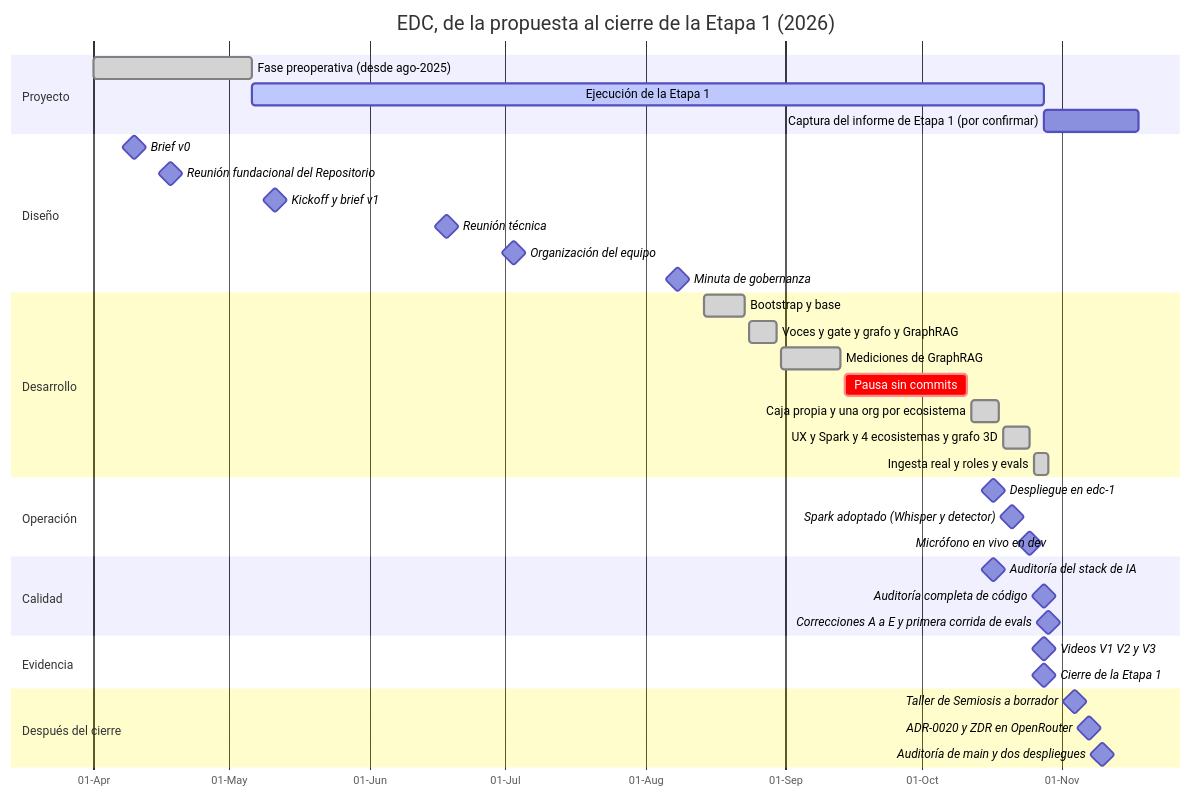
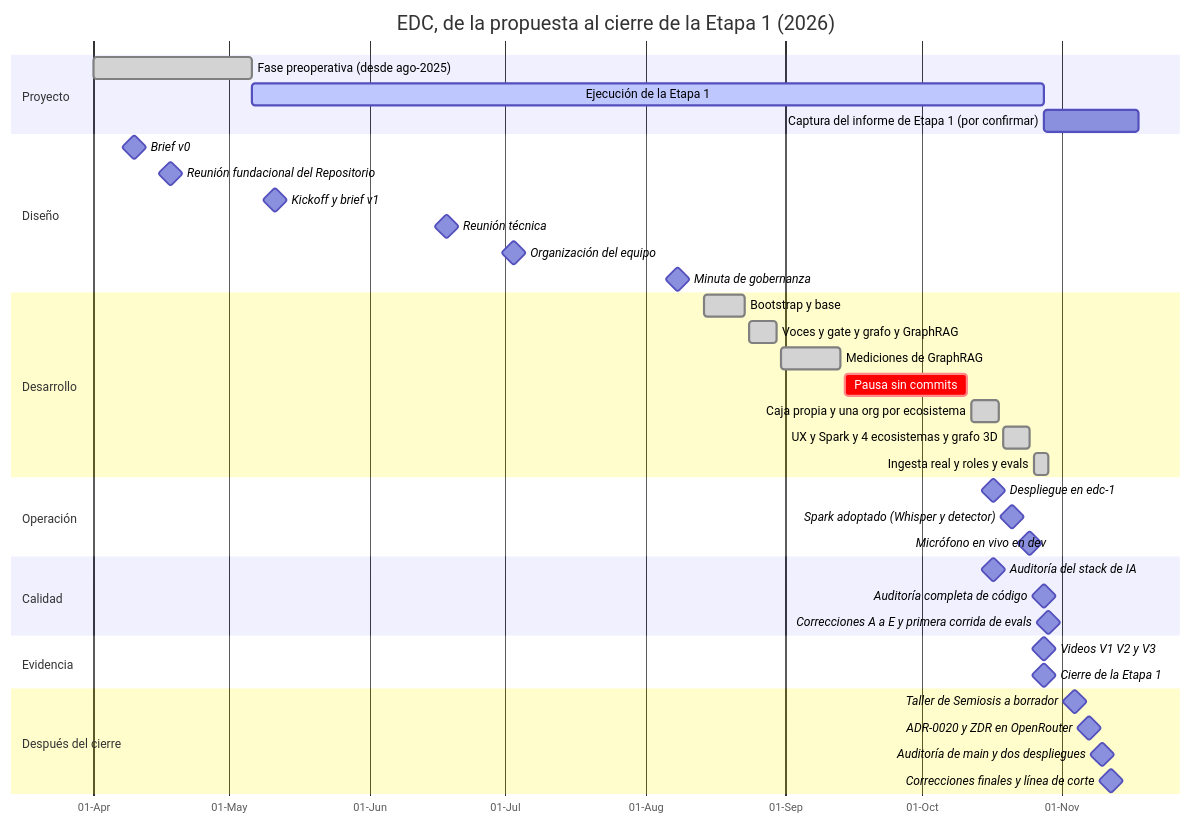
One commit to ecosistemas-de-conocimiento/ecosistemas-de-conocimiento changed the diagram in docs/01-proyecto/cronologia-e-hitos.md. Above: the diagram before and after it, drawn with Mermaid. The commit also changed other lines of this file and 34 other files, not shown here.

````diff
--- a/docs/01-proyecto/cronologia-e-hitos.md
+++ b/docs/01-proyecto/cronologia-e-hitos.md
@@ -14,47 +14,48 @@
 ```mermaid
 gantt
     title EDC, de la propuesta al cierre de la Etapa 1 (2026)
     dateFormat  YYYY-MM-DD
     axisFormat  %d-%b
 
     section Proyecto
     Fase preoperativa (desde ago-2025)        :done, pre, 2026-04-01, 2026-05-06
     Ejecución de la Etapa 1                   :active, et1, 2026-05-06, 2026-10-28
     Captura del informe de Etapa 1 (por confirmar) :inf, 2026-10-28, 2026-11-18
 
     section Diseño
     Brief v0                                  :milestone, 2026-04-10, 0d
     Reunión fundacional del Repositorio       :milestone, 2026-04-18, 0d
     Kickoff y brief v1                        :milestone, 2026-05-11, 0d
     Reunión técnica                           :milestone, 2026-06-18, 0d
     Organización del equipo                   :milestone, 2026-07-03, 0d
     Minuta de gobernanza                      :milestone, 2026-08-08, 0d
 
     section Desarrollo
     Bootstrap y base                          :done, d1, 2026-08-14, 2026-08-23
     Voces y gate y grafo y GraphRAG        :done, d2, 2026-08-24, 2026-08-30
     Mediciones de GraphRAG                    :done, d3, 2026-08-31, 2026-09-13
     Pausa sin commits                         :crit, gap, 2026-09-14, 2026-10-11
     Caja propia y una org por ecosistema   :done, d4, 2026-10-12, 2026-10-18
     UX y Spark y 4 ecosistemas y grafo 3D :done, d5, 2026-10-19, 2026-10-25
     Ingesta real y roles y evals           :done, d6, 2026-10-26, 2026-10-29
 
     section Operación
     Despliegue en edc-1                       :milestone, 2026-10-17, 0d
     Spark adoptado (Whisper y detector)       :milestone, 2026-10-21, 0d
     Micrófono en vivo en dev                  :milestone, 2026-10-25, 0d
 
     section Calidad
     Auditoría del stack de IA                 :milestone, 2026-10-17, 0d
     Auditoría completa de código              :milestone, 2026-10-28, 0d
     Correcciones A a E y primera corrida de evals :milestone, 2026-10-29, 0d
 
     section Evidencia
     Videos V1 V2 y V3                      :milestone, 2026-10-28, 0d
     Cierre de la Etapa 1                      :milestone, 2026-10-28, 0d
 
     section Después del cierre
     Taller de Semiosis a borrador             :milestone, 2026-11-04, 0d
     ADR-0020 y ZDR en OpenRouter              :milestone, 2026-11-07, 0d
     Auditoría de main y dos despliegues       :milestone, 2026-11-10, 0d
+    Correcciones finales y línea de corte     :milestone, 2026-11-12, 0d
 ```
````
